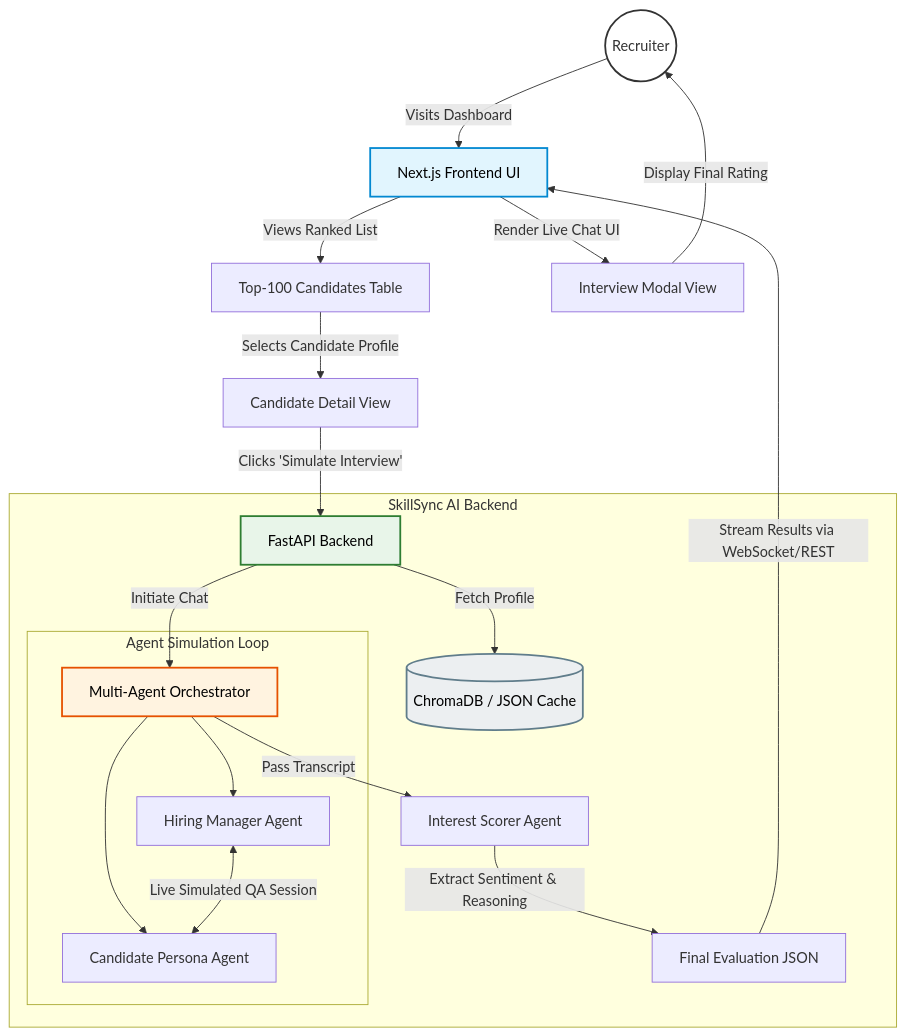
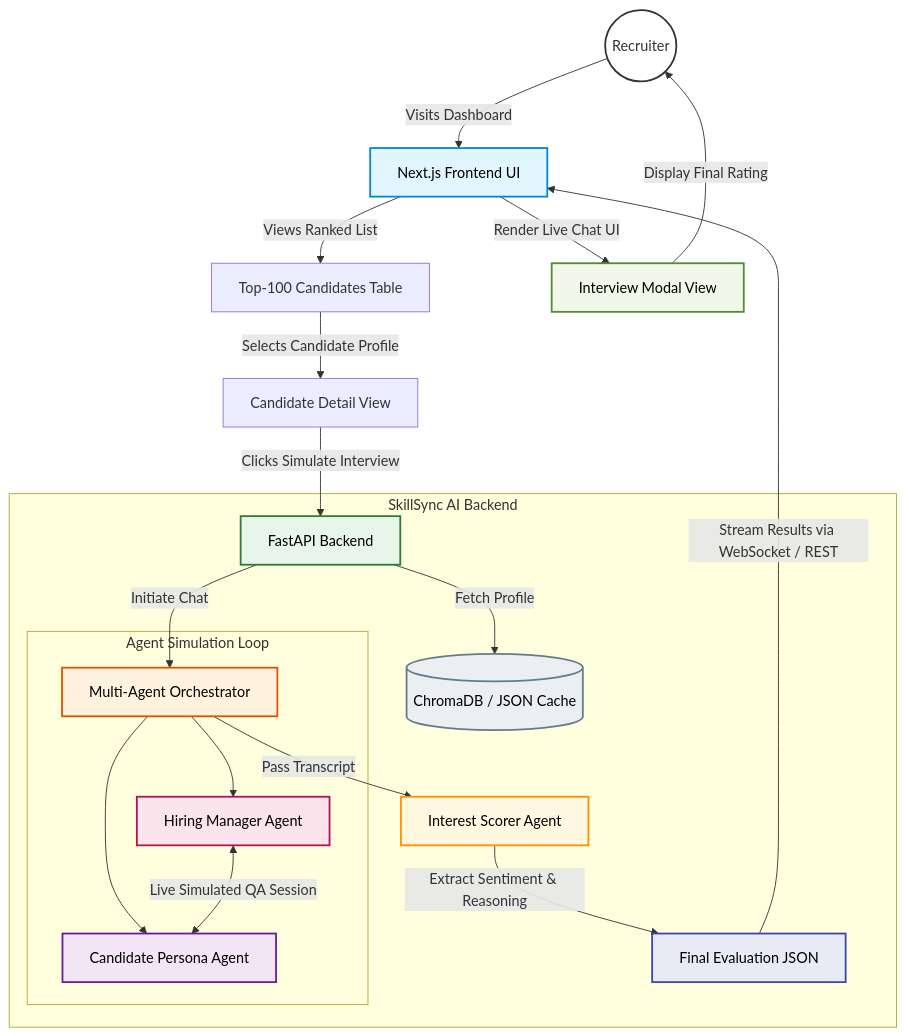
Before and after one commit to Tejayadagani/TalentHunt: the diagram in WEBSITE_WORKFLOW.md, drawn with Mermaid. The commit also changed other lines of this file, not shown here.

````diff
--- a/WEBSITE_WORKFLOW.md
+++ b/WEBSITE_WORKFLOW.md
@@ -5,36 +6,41 @@
 ```mermaid
 graph TD
     %% User Interaction
     User((Recruiter)) -->|Visits Dashboard| Web[Next.js Frontend UI]
     Web -->|Views Ranked List| Table[Top-100 Candidates Table]
     Table -->|Selects Candidate Profile| Profile[Candidate Detail View]
-    Profile -->|Clicks 'Simulate Interview'| API[FastAPI Backend]
+    Profile -->|Clicks Simulate Interview| API[FastAPI Backend]
 
     %% Backend Services
     subgraph SkillSync AI Backend
         API -->|Fetch Profile| DB[(ChromaDB / JSON Cache)]
         API -->|Initiate Chat| Orchestrator[Multi-Agent Orchestrator]
-        
+
         subgraph Agent Simulation Loop
             Orchestrator --> HM[Hiring Manager Agent]
             Orchestrator --> CP[Candidate Persona Agent]
-            
+
             HM <-->|Live Simulated QA Session| CP
         end
-        
+
         Orchestrator -->|Pass Transcript| Scorer[Interest Scorer Agent]
         Scorer -->|Extract Sentiment & Reasoning| JSON[Final Evaluation JSON]
     end
 
     %% Data Flow Back to User
-    JSON -->|Stream Results via WebSocket/REST| Web
+    JSON -->|Stream Results via WebSocket / REST| Web
     Web -->|Render Live Chat UI| Modal[Interview Modal View]
     Modal -->|Display Final Rating| User
 
     %% Styling
-    style User fill:#fff,stroke:#333,stroke-width:2px
-    style Web fill:#e1f5fe,stroke:#0288d1,stroke-width:2px,color:#000
-    style API fill:#e8f5e9,stroke:#2e7d32,stroke-width:2px,color:#000
-    style Orchestrator fill:#fff3e0,stroke:#e65100,stroke-width:2px,color:#000
-    style DB fill:#eceff1,stroke:#607d8b,stroke-width:2px,color:#000
+    style User fill:#ffffff,stroke:#333333,stroke-width:2px
+    style Web fill:#e1f5fe,stroke:#0288d1,stroke-width:2px,color:#000000
+    style API fill:#e8f5e9,stroke:#2e7d32,stroke-width:2px,color:#000000
+    style Orchestrator fill:#fff3e0,stroke:#e65100,stroke-width:2px,color:#000000
+    style DB fill:#eceff1,stroke:#607d8b,stroke-width:2px,color:#000000
+    style HM fill:#fce4ec,stroke:#ad1457,stroke-width:2px,color:#000000
+    style CP fill:#f3e5f5,stroke:#6a1b9a,stroke-width:2px,color:#000000
+    style Scorer fill:#fff8e1,stroke:#ff8f00,stroke-width:2px,color:#000000
+    style JSON fill:#e8eaf6,stroke:#3949ab,stroke-width:2px,color:#000000
+    style Modal fill:#f1f8e9,stroke:#558b2f,stroke-width:2px,color:#000000
 ```
````
